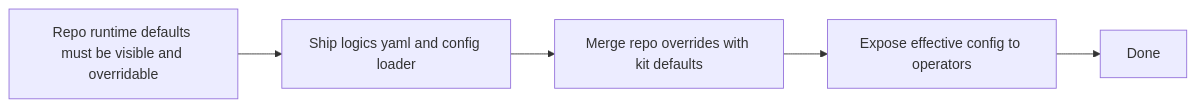
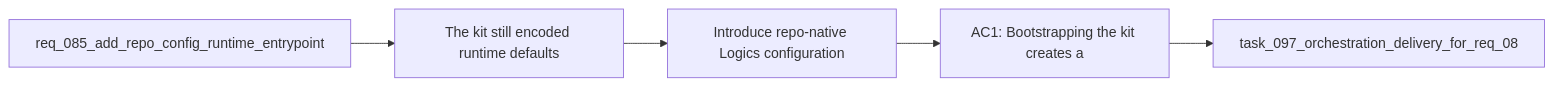
One commit to AlexAgo83/logics-manager changed the diagram in logics/backlog/item_129_introduce_repo_native_logics_configuration_and_policy_resolution.md. Above: the diagram before and after it, drawn with Mermaid. The commit also changed 481 other files, not shown here.

````diff
--- a/logics/backlog/item_129_introduce_repo_native_logics_configuration_and_policy_resolution.md
+++ b/logics/backlog/item_129_introduce_repo_native_logics_configuration_and_policy_resolution.md
@@ -25,9 +25,9 @@
 ```mermaid
 %% logics-kind: backlog
 %% logics-signature: backlog|introduce-repo-native-logics-configurati|req-085-add-repo-config-runtime-entrypoi|the-kit-still-encoded-runtime-defaults|ac1-bootstrapping-the-kit-creates-a
 flowchart LR
-    Need[Repo runtime defaults must be visible and overridable] --> Config[Ship logics yaml and config loader]
-    Config --> Loader[Merge repo overrides with kit defaults]
-    Loader --> Inspect[Expose effective config to operators]
-    Inspect --> Done[Done]
+    Request[req_085_add_repo_config_runtime_entrypoint] --> Problem[The kit still encoded runtime defaults]
+    Problem --> Scope[Introduce repo-native Logics configuration]
+    Scope --> Acceptance[AC1: Bootstrapping the kit creates a]
+    Acceptance --> Tasks[task_097_orchestration_delivery_for_req_08]
 ```
````
